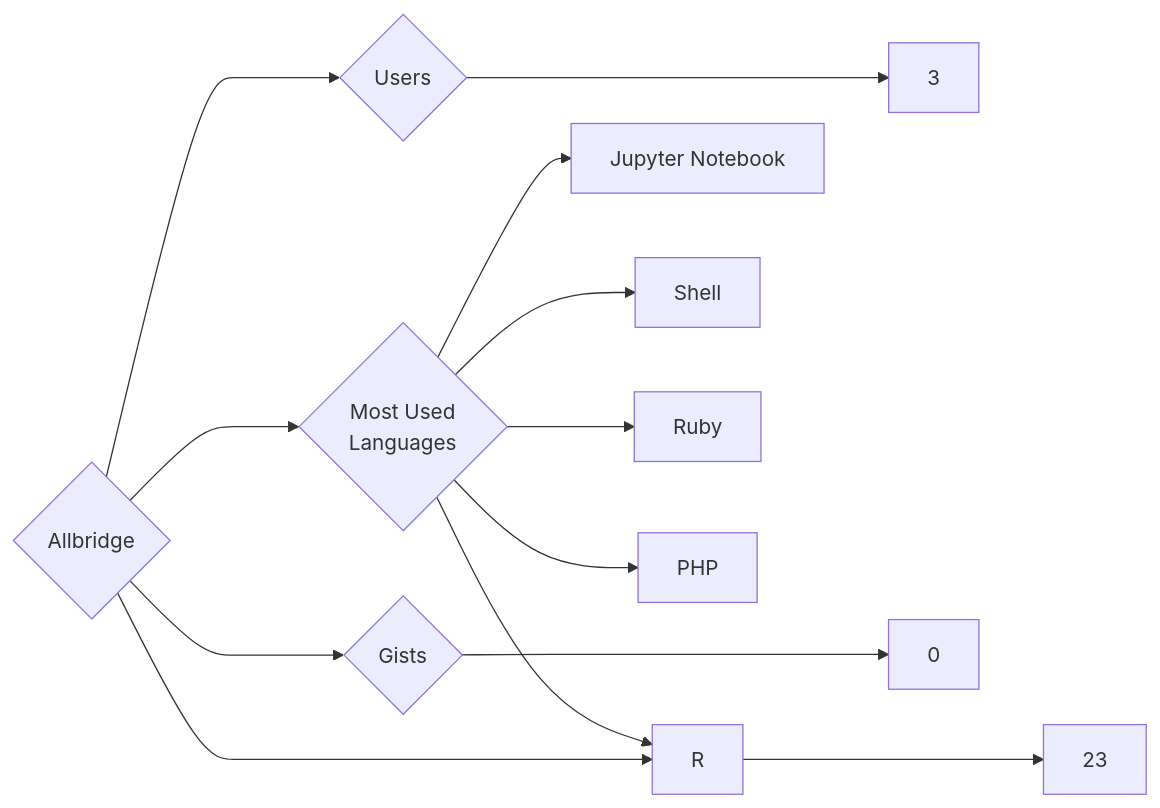
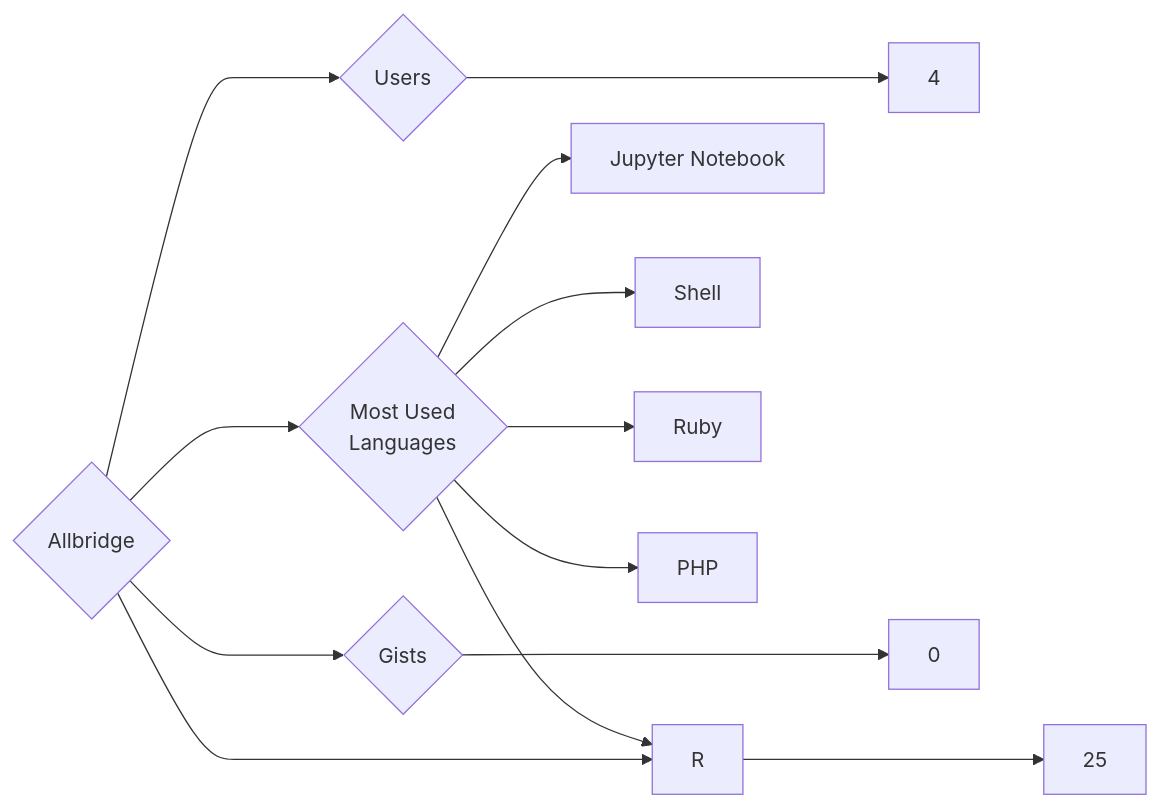
Before and after one commit to trickest/insiders: the diagram in targets/Allbridge/README.md, drawn with Mermaid. The commit also changed 934 other files, not shown here.

````diff
--- a/targets/Allbridge/README.md
+++ b/targets/Allbridge/README.md
@@ -3,13 +3,13 @@
 ```mermaid
 graph LR
 COMPANY_NAME{Allbridge}
-COMPANY_NAME ---> U{Users} ---> UN[3]
-COMPANY_NAME ---> R{Repositories} ---> RN[23]
+COMPANY_NAME ---> U{Users} ---> UN[4]
+COMPANY_NAME ---> R{Repositories} ---> RN[25]
 COMPANY_NAME ---> G{Gists} ---> GN[0]
 COMPANY_NAME ---> ML{Most Used<br>Languages}
 ML --> Jupyter_Notebook[Jupyter Notebook]
 ML --> Shell[Shell]
 ML --> Ruby[Ruby]
 ML --> R[R]
 ML --> PHP[PHP]
 ```
````
